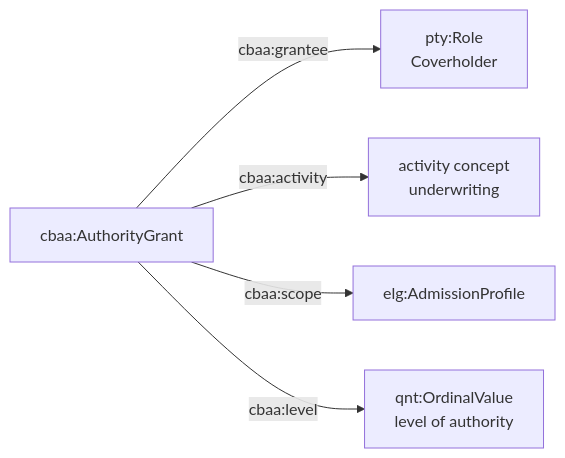
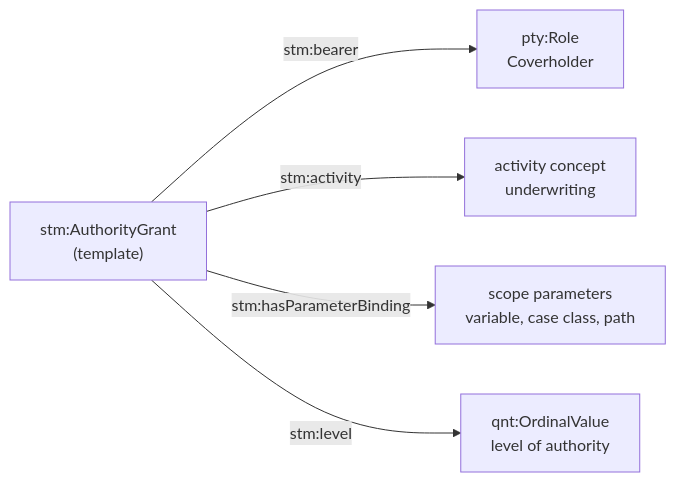
Diagram 21 of 52 in docs/architecture.md (nebularis/open-cbaa), drawn with Mermaid before and after one commit. The commit also changed other lines of this file and 44 other files, not shown here.

````diff
--- a/docs/architecture.md
+++ b/docs/architecture.md
@@ -465,7 +472,7 @@
 ```mermaid
 flowchart LR
-    AG["cbaa:AuthorityGrant"] -->|"cbaa:grantee"| R["pty:Role<br/>Coverholder"]
-    AG -->|"cbaa:activity"| A["activity concept<br/>underwriting"]
-    AG -->|"cbaa:scope"| P["elg:AdmissionProfile"]
-    AG -->|"cbaa:level"| L["qnt:OrdinalValue<br/>level of authority"]
+    AG["stm:AuthorityGrant<br/>(template)"] -->|"stm:bearer"| R["pty:Role<br/>Coverholder"]
+    AG -->|"stm:activity"| A["activity concept<br/>underwriting"]
+    AG -->|"stm:hasParameterBinding"| P["scope parameters<br/>variable, case class, path"]
+    AG -->|"stm:level"| L["qnt:OrdinalValue<br/>level of authority"]
 ```
````
